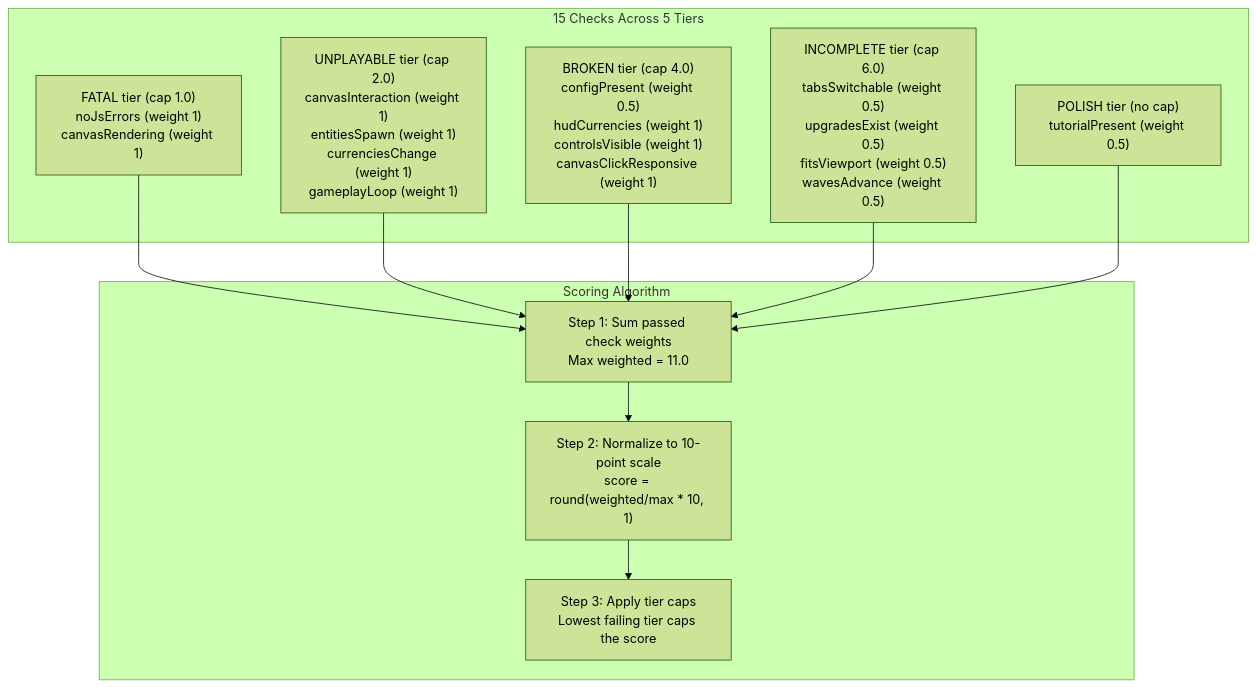
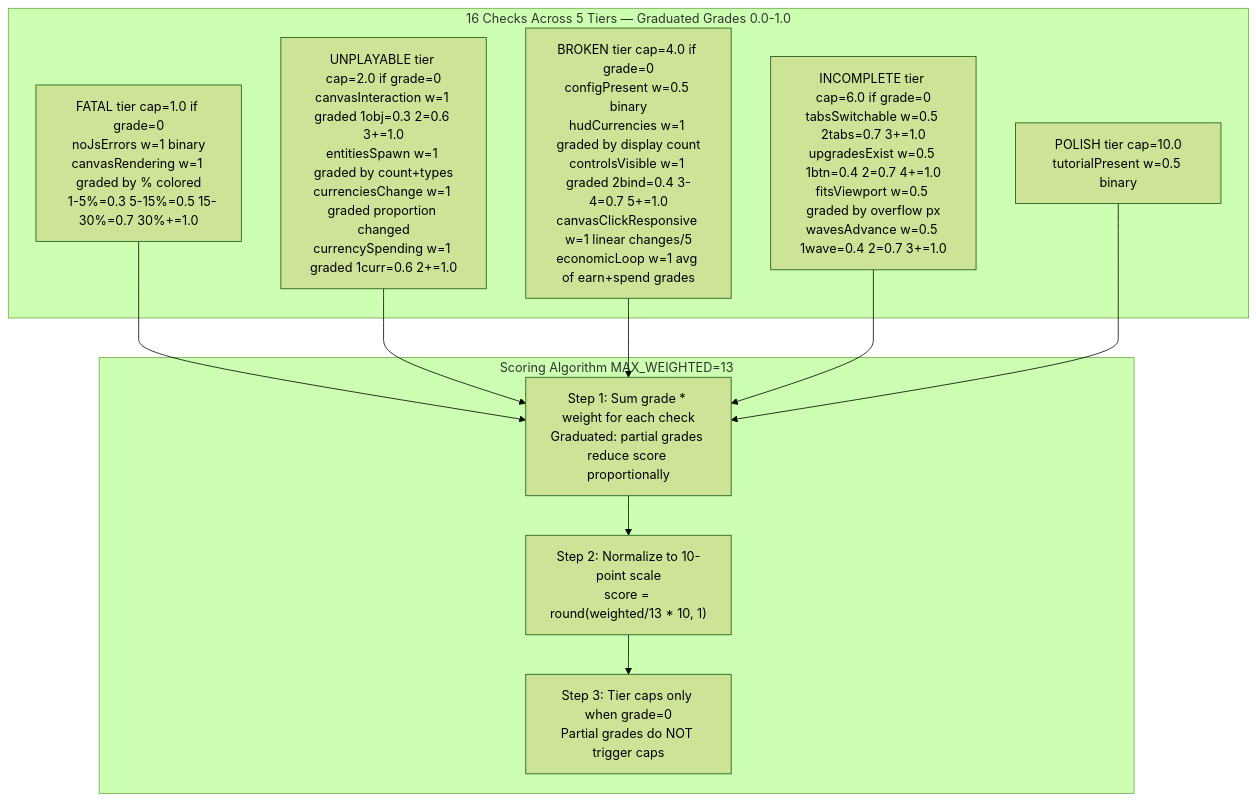
One commit to J-Gierend/gamePocGen changed the sixth of 7 diagrams in AI/document/05-data-pipelines.md. Above: the diagram before and after it, drawn with Mermaid (forest theme). The commit also changed other lines of this file and 8 other files, not shown here.

````diff
--- a/AI/document/05-data-pipelines.md
+++ b/AI/document/05-data-pipelines.md
@@ -131,23 +132,23 @@
 ```mermaid
 flowchart TD
-    subgraph "15 Checks Across 5 Tiers"
-        FATAL["FATAL tier (cap 1.0)\nnoJsErrors (weight 1)\ncanvasRendering (weight 1)"]
-        UNPLAYABLE["UNPLAYABLE tier (cap 2.0)\ncanvasInteraction (weight 1)\nentitiesSpawn (weight 1)\ncurrenciesChange (weight 1)\ngameplayLoop (weight 1)"]
-        BROKEN["BROKEN tier (cap 4.0)\nconfigPresent (weight 0.5)\nhudCurrencies (weight 1)\ncontrolsVisible (weight 1)\ncanvasClickResponsive (weight 1)"]
-        INCOMPLETE["INCOMPLETE tier (cap 6.0)\ntabsSwitchable (weight 0.5)\nupgradesExist (weight 0.5)\nfitsViewport (weight 0.5)\nwavesAdvance (weight 0.5)"]
-        POLISH["POLISH tier (no cap)\ntutorialPresent (weight 0.5)"]
+    subgraph "16 Checks Across 5 Tiers — Graduated Grades 0.0-1.0"
+        FATAL["FATAL tier cap=1.0 if grade=0\nnoJsErrors w=1 binary\ncanvasRendering w=1 graded by % colored\n  1-5%=0.3 5-15%=0.5 15-30%=0.7 30%+=1.0"]
+        UNPLAYABLE["UNPLAYABLE tier cap=2.0 if grade=0\ncanvasInteraction w=1 graded 1obj=0.3 2=0.6 3+=1.0\nentitiesSpawn w=1 graded by count+types\ncurrenciesChange w=1 graded proportion changed\ncurrencySpending w=1 graded 1curr=0.6 2+=1.0"]
+        BROKEN["BROKEN tier cap=4.0 if grade=0\nconfigPresent w=0.5 binary\nhudCurrencies w=1 graded by display count\ncontrolsVisible w=1 graded 2bind=0.4 3-4=0.7 5+=1.0\ncanvasClickResponsive w=1 linear changes/5\neconomicLoop w=1 avg of earn+spend grades"]
+        INCOMPLETE["INCOMPLETE tier cap=6.0 if grade=0\ntabsSwitchable w=0.5 2tabs=0.7 3+=1.0\nupgradesExist w=0.5 1btn=0.4 2=0.7 4+=1.0\nfitsViewport w=0.5 graded by overflow px\nwavesAdvance w=0.5 1wave=0.4 2=0.7 3+=1.0"]
+        POLISH["POLISH tier cap=10.0\ntutorialPresent w=0.5 binary"]
     end
 
-    subgraph "Scoring Algorithm"
-        RAW["Step 1: Sum passed check weights\nMax weighted = 11.0"]
-        NORM["Step 2: Normalize to 10-point scale\nscore = round(weighted/max * 10, 1)"]
-        CAP["Step 3: Apply tier caps\nLowest failing tier caps the score"]
+    subgraph "Scoring Algorithm MAX_WEIGHTED=13"
+        RAW["Step 1: Sum grade * weight for each check\nGraduated: partial grades reduce score proportionally"]
+        NORM["Step 2: Normalize to 10-point scale\nscore = round(weighted/13 * 10, 1)"]
+        CAP["Step 3: Tier caps only when grade=0\nPartial grades do NOT trigger caps"]
     end
 
     FATAL --> RAW
     UNPLAYABLE --> RAW
     BROKEN --> RAW
     INCOMPLETE --> RAW
     POLISH --> RAW
     RAW --> NORM --> CAP
 ```
````
